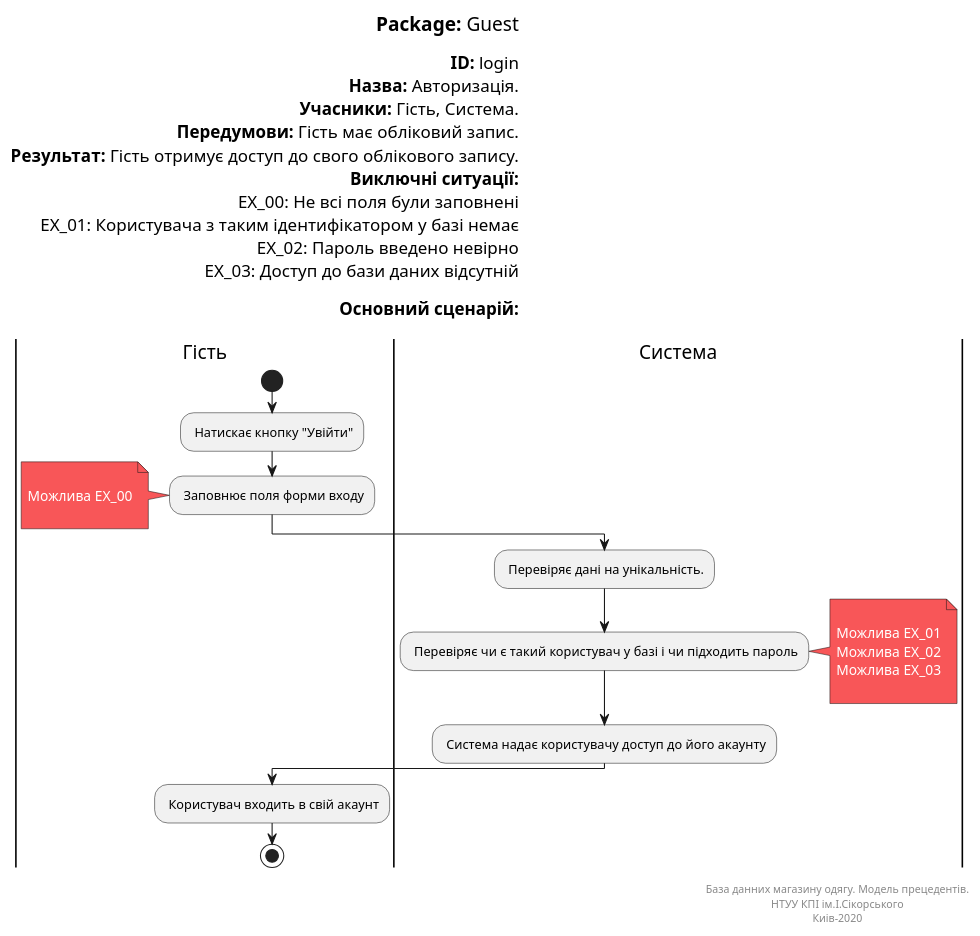
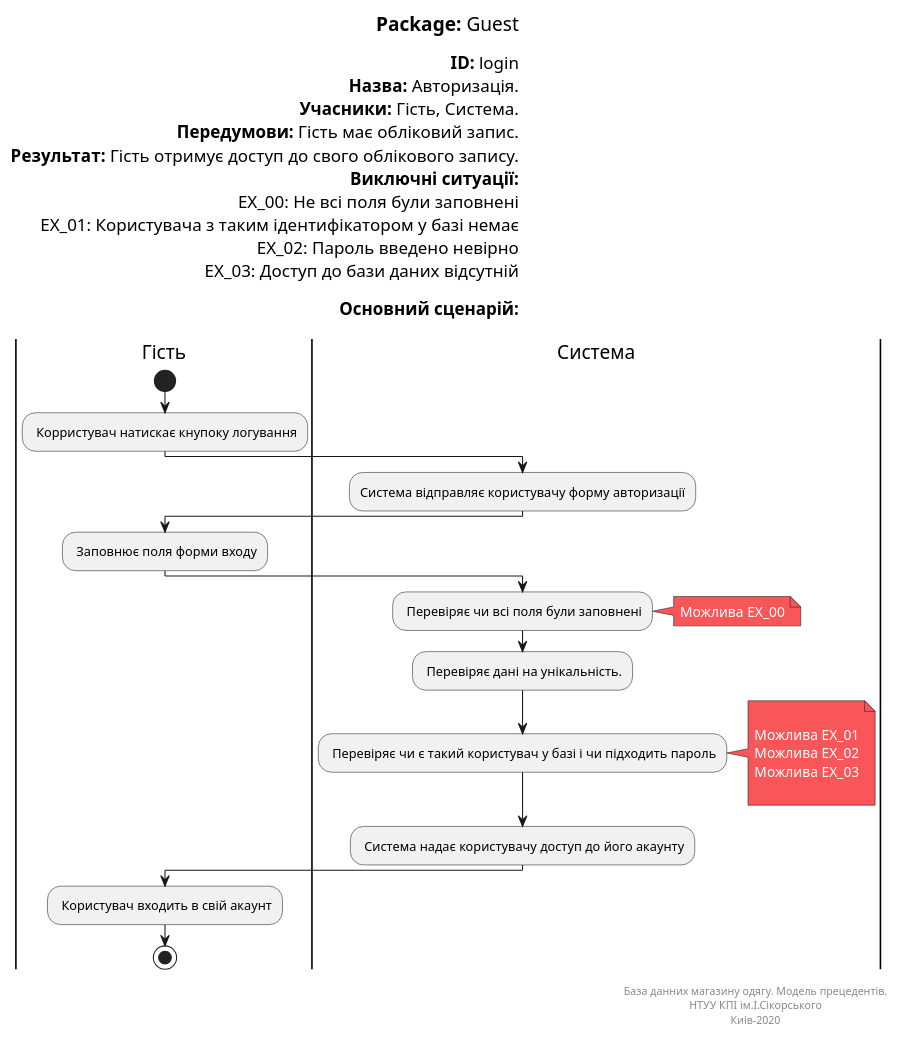
Before and after one commit to kirilinsane/Team2: the diagram in Doc/UMLdiagrams/scenarios/guest/Diagrams/UML/UC3.pu, drawn with PlantUML. The commit also changed 5 other files, not shown here.

```diff
--- a/Doc/UMLdiagrams/scenarios/guest/Diagrams/UML/UC3.pu
+++ b/Doc/UMLdiagrams/scenarios/guest/Diagrams/UML/UC3.pu
@@ -1,66 +1,67 @@
 @startuml
 skinparam ArchimateBackgroundColor #ffffff
 skinparam	shadowing false
 skinparam Note {
 	BackgroundColor #f85658
 	FontColor #ffffff
 }
 
 left header
 <font color=000 size=18><b>Package:</b> Guest
 
 <font color=000 size=16><b>ID:</b> login
 <font color=000 size=16><b>Назва:</b> Авторизація.
 <font color=000 size=16><b>Учасники:</b> Гість, Система.
 <font color=000 size=16><b>Передумови:</b> Гість має обліковий запис.
 <font color=000 size=16><b>Результат:</b> Гість отримує доступ до свого облікового запису.
 <font color=000 size=16><b>Виключні ситуації:</b>
 <font color=000 size=16> EX_00: Не всі поля були заповнені
 <font color=000 size=16> EX_01: Користувача з таким ідентифікатором у базі немає
 <font color=000 size=16> EX_02: Пароль введено невірно
 <font color=000 size=16> EX_03: Доступ до бази даних відсутній
 
 <font color=000 size=16><b>Основний сценарій:</b>
 
 end header
 
 |Гість|
 start
-: Натискає кнопку "Увійти";
+: Корристувач натискає кнупоку логування;
+|Система|
+:Система відправляє користувачу форму авторизації;
 
+|Гість|
 : Заповнює поля форми входу;
-note left
-
-	Можлива EX_00
-
-end note
 
 |Система|
-
+: Перевіряє чи всі поля були заповнені;
+note right
+        Можлива EX_00
+end note
 : Перевіряє дані на унікальність.;
 
 : Перевіряє чи є такий користувач у базі і чи підходить пароль;
 
 note right
 
 	Можлива EX_01
 	Можлива EX_02
 	Можлива EX_03
 
 end note
 
 : Система надає користувачу доступ до його акаунту;
 
 |Гість|
 
 : Користувач входить в свій акаунт;
 
 stop;
 
 right footer
 
 База данних магазину одягу. Модель прецедентів.
 НТУУ КПІ ім.І.Сікорського
 Киів-2020
 end footer
 @enduml
```
